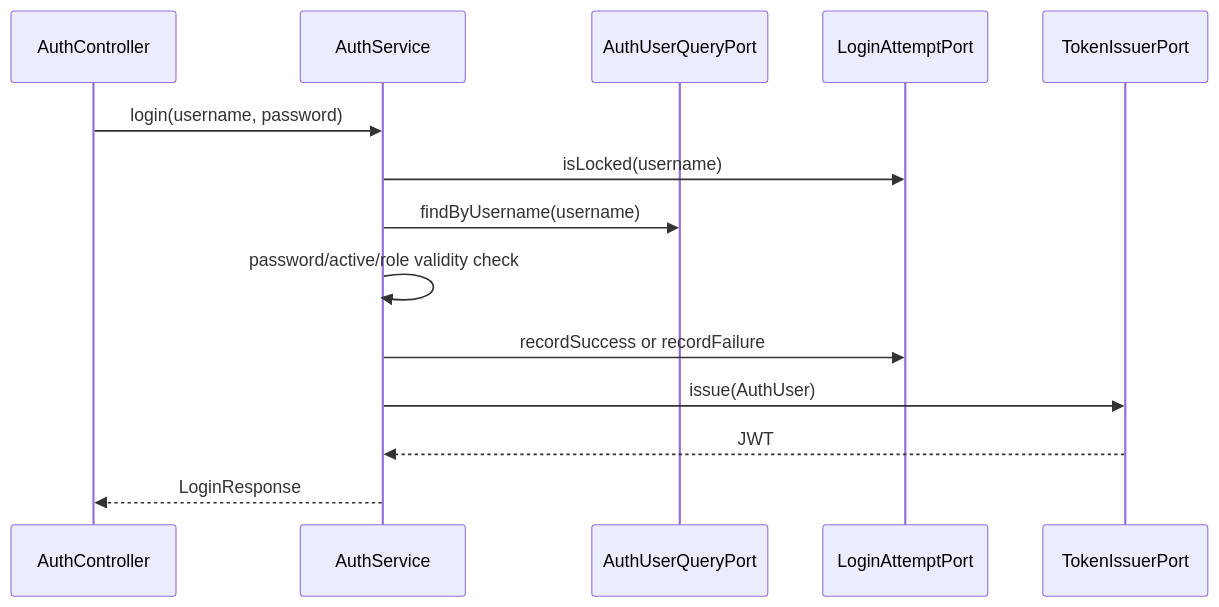
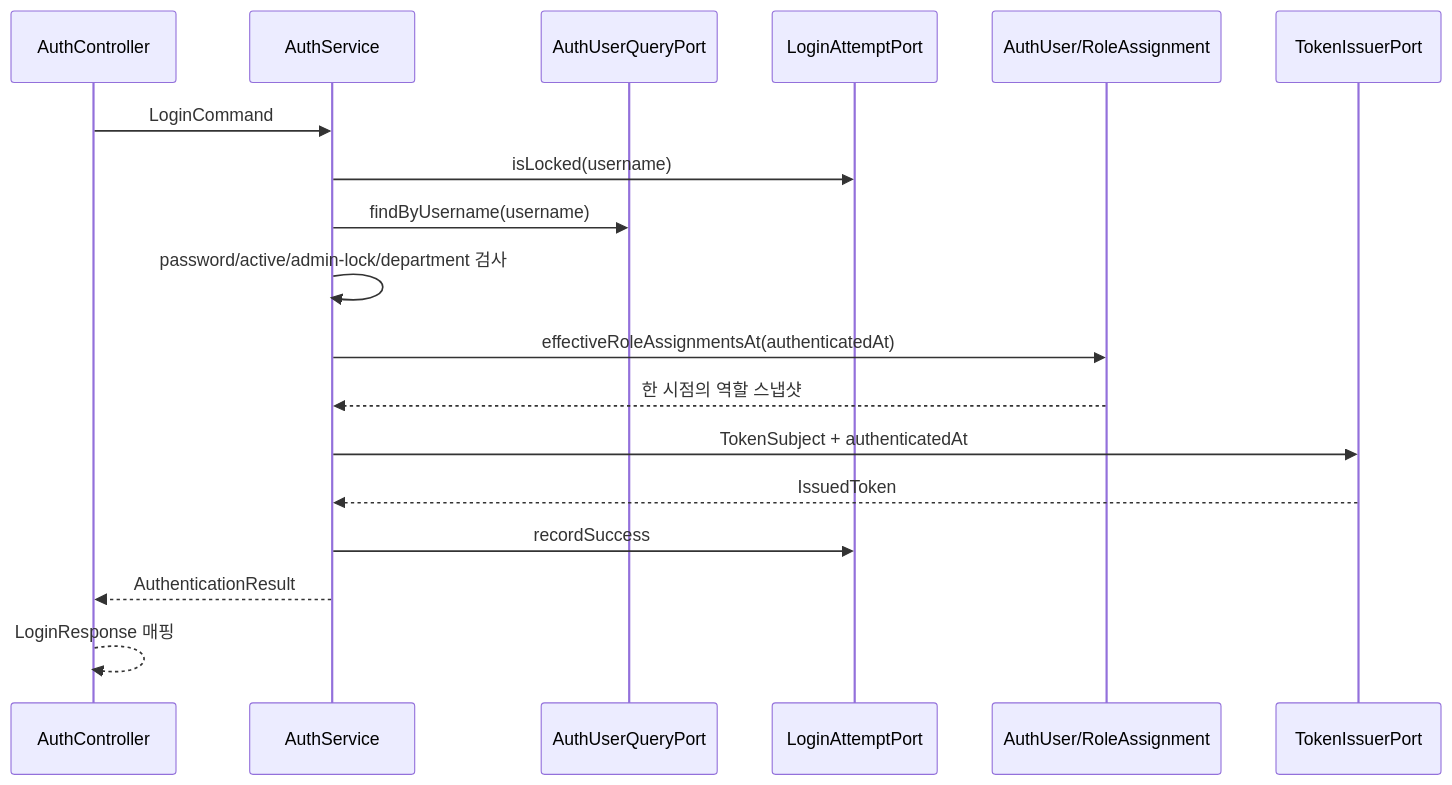
Before and after one commit to skyg547/account: the first of 2 diagrams in auth/docs/process-flow.md, drawn with Mermaid. The commit also changed other lines of this file and 46 other files, not shown here.

Commit message:
Harden auth role assignment and token snapshots

````diff
--- a/auth/docs/process-flow.md
+++ b/auth/docs/process-flow.md
@@ -13,17 +13,21 @@
 ```mermaid
 sequenceDiagram
     participant API as AuthController
     participant Service as AuthService
     participant UserPort as AuthUserQueryPort
     participant Attempt as LoginAttemptPort
+    participant Domain as AuthUser/RoleAssignment
     participant Token as TokenIssuerPort
 
-    API->>Service: login(username, password)
+    API->>Service: LoginCommand
     Service->>Attempt: isLocked(username)
     Service->>UserPort: findByUsername(username)
-    Service->>Service: password/active/role validity check
-    Service->>Attempt: recordSuccess or recordFailure
-    Service->>Token: issue(AuthUser)
-    Token-->>Service: JWT
-    Service-->>API: LoginResponse
+    Service->>Service: password/active/admin-lock/department 검사
+    Service->>Domain: effectiveRoleAssignmentsAt(authenticatedAt)
+    Domain-->>Service: 한 시점의 역할 스냅샷
+    Service->>Token: TokenSubject + authenticatedAt
+    Token-->>Service: IssuedToken
+    Service->>Attempt: recordSuccess
+    Service-->>API: AuthenticationResult
+    API-->>API: LoginResponse 매핑
 ```
````
